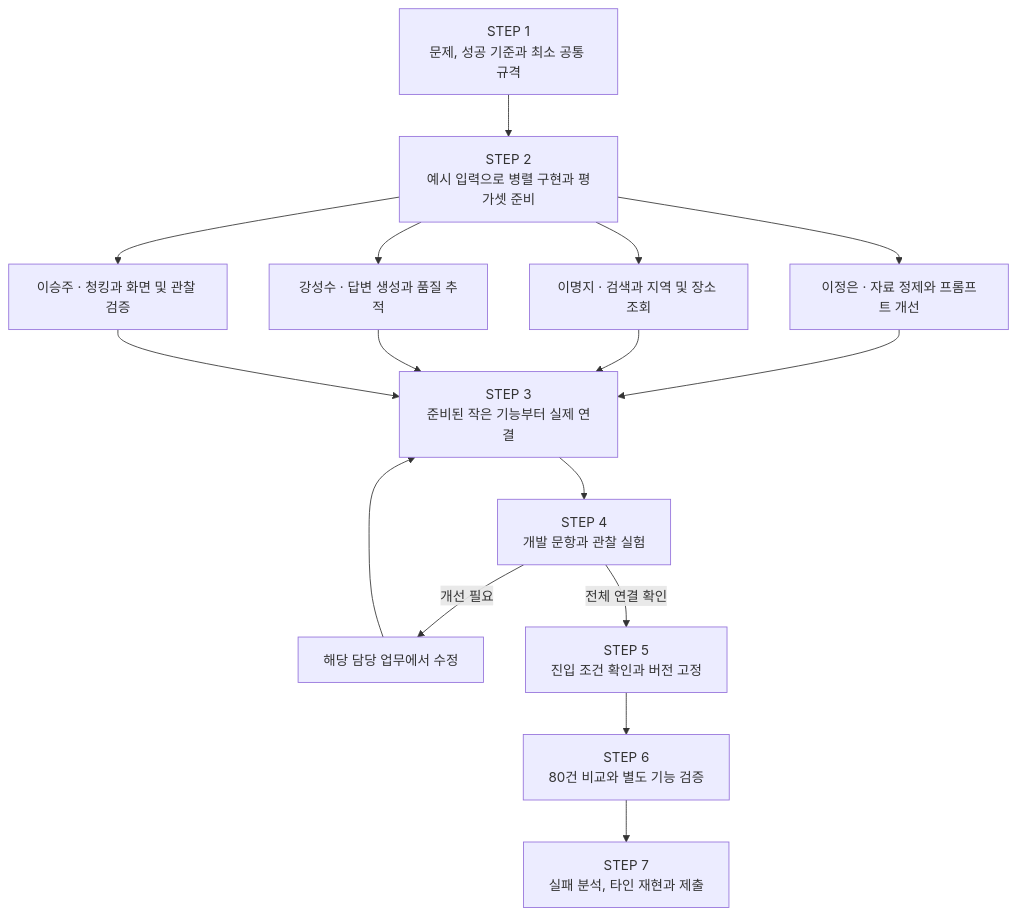
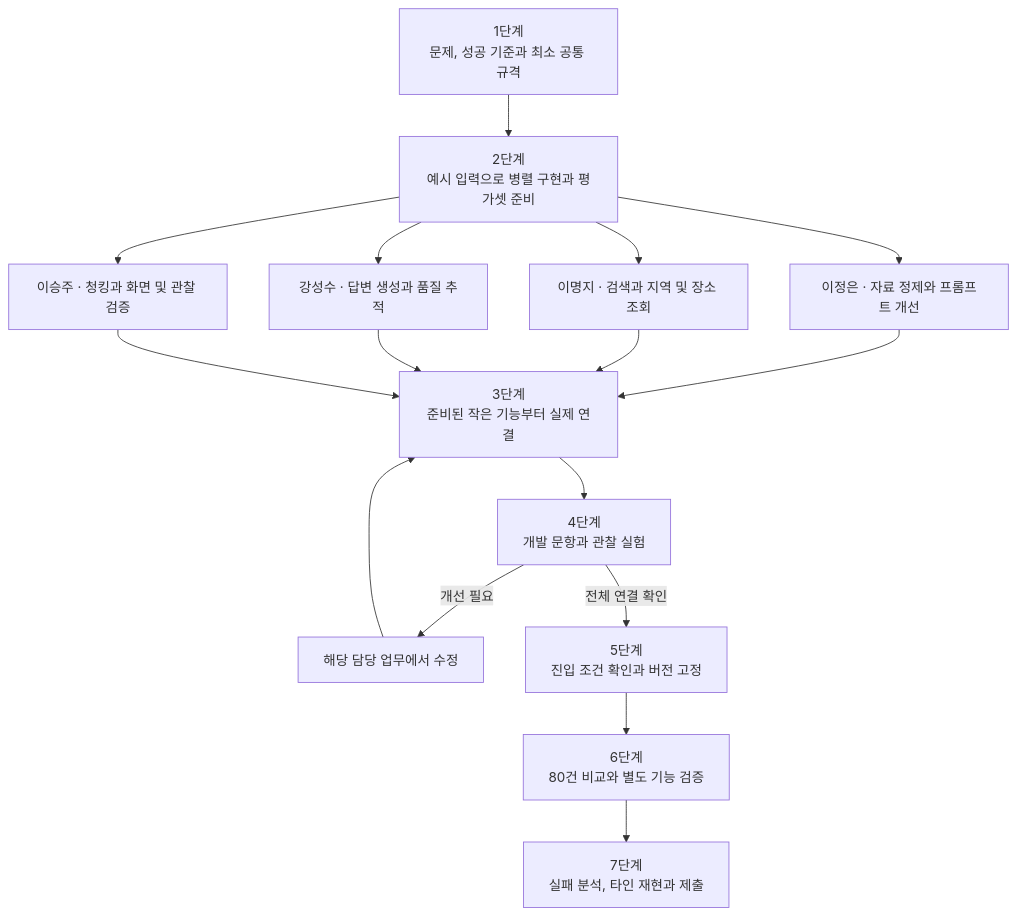
Before and after one commit to kssk3/best-driver-rag-project: the diagram in ROADMAP.md, drawn with Mermaid. The commit also changed other lines of this file and 6 other files, not shown here.

````diff
--- a/ROADMAP.md
+++ b/ROADMAP.md
@@ -60,21 +60,21 @@
 ```mermaid
 flowchart TB
-    A["STEP 1<br/>문제, 성공 기준과 최소 공통 규격"]
-    B["STEP 2<br/>예시 입력으로 병렬 구현과 평가셋 준비"]
+    A["1단계<br/>문제, 성공 기준과 최소 공통 규격"]
+    B["2단계<br/>예시 입력으로 병렬 구현과 평가셋 준비"]
     D["이정은 · 자료 정제와 프롬프트 개선"]
     R["이명지 · 검색과 지역 및 장소 조회"]
     G["강성수 · 답변 생성과 품질 추적"]
     U["이승주 · 청킹과 화면 및 관찰 검증"]
-    I["STEP 3<br/>준비된 작은 기능부터 실제 연결"]
-    V["STEP 4<br/>개발 문항과 관찰 실험"]
+    I["3단계<br/>준비된 작은 기능부터 실제 연결"]
+    V["4단계<br/>개발 문항과 관찰 실험"]
     X["해당 담당 업무에서 수정"]
-    F["STEP 5<br/>진입 조건 확인과 버전 고정"]
-    E["STEP 6<br/>80건 비교와 별도 기능 검증"]
-    H["STEP 7<br/>실패 분석, 타인 재현과 제출"]
+    F["5단계<br/>진입 조건 확인과 버전 고정"]
+    E["6단계<br/>80건 비교와 별도 기능 검증"]
+    H["7단계<br/>실패 분석, 타인 재현과 제출"]
     A --> B
     B --> D & R & G & U
     D & R & G & U --> I
     I --> V
     V -->|개선 필요| X --> I
     V -->|전체 연결 확인| F --> E --> H
 ```
````
